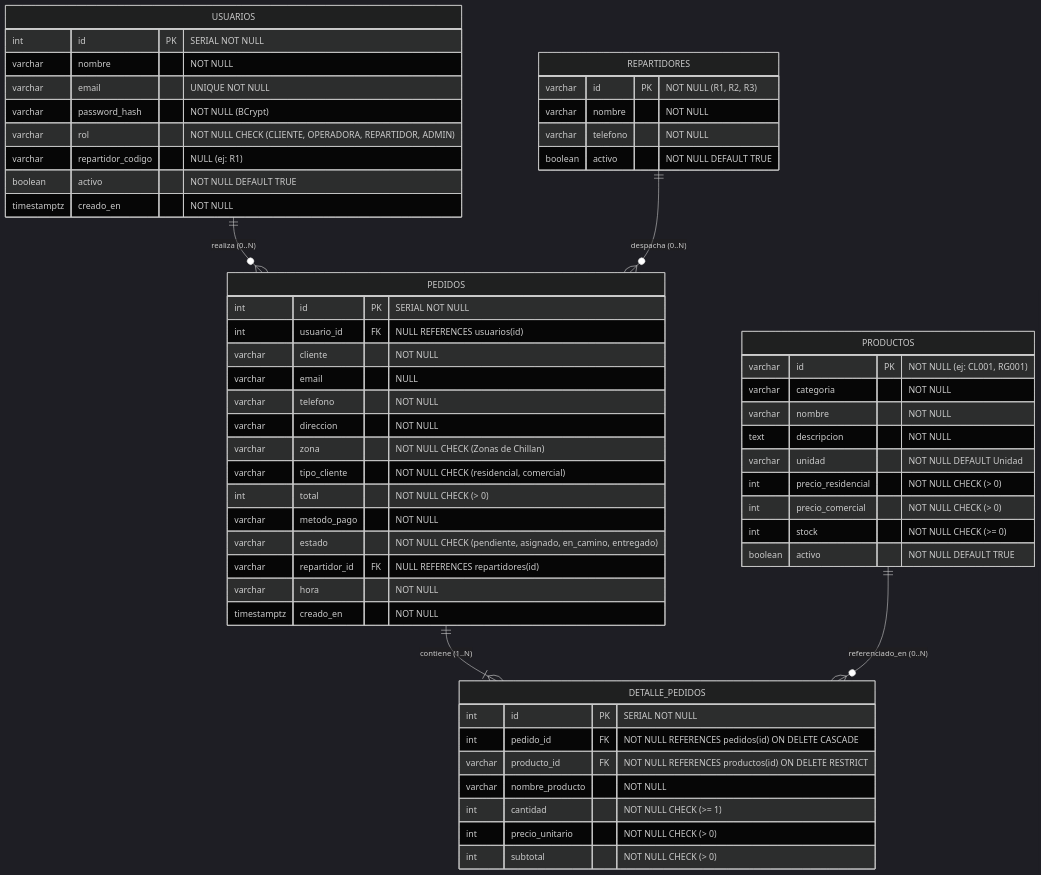
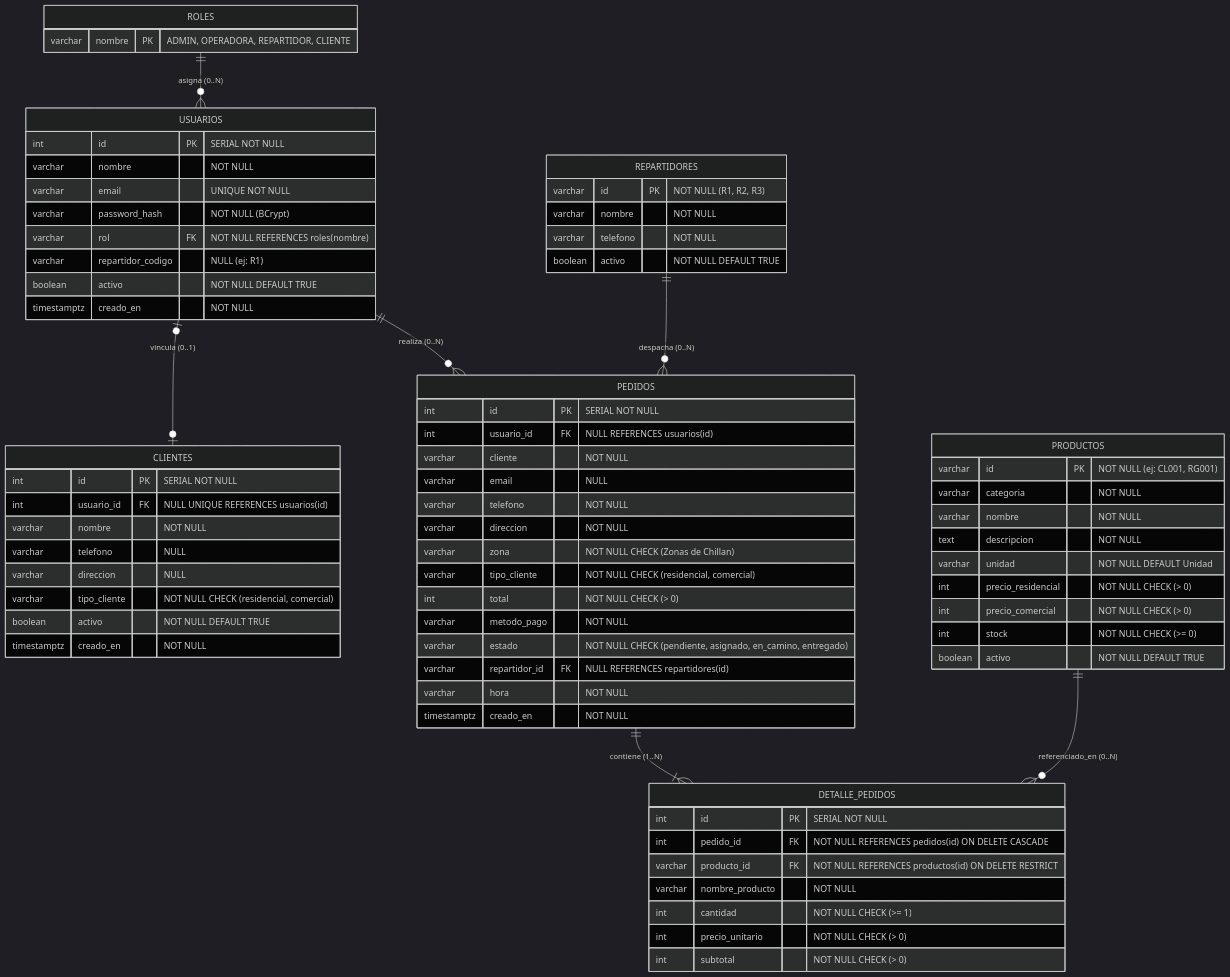
Before and after one commit to joelespinoza-beg/Distribuidora-gas-el-volcan-backend: the first of 3 diagrams in README.md, drawn with Mermaid (dark theme). The commit also changed other lines of this file and 19 other files, not shown here.

Commit message:
feat(auth): agregar CRUD versionado de usuarios y clientes

````diff
--- a/README.md
+++ b/README.md
@@ -114,64 +126,81 @@
 ```mermaid
 erDiagram
+    ROLES ||--o{ USUARIOS : "asigna (0..N)"
     USUARIOS ||--o{ PEDIDOS : "realiza (0..N)"
+    USUARIOS o|--o| CLIENTES : "vincula (0..1)"
     REPARTIDORES ||--o{ PEDIDOS : "despacha (0..N)"
     PEDIDOS ||--|{ DETALLE_PEDIDOS : "contiene (1..N)"
     PRODUCTOS ||--o{ DETALLE_PEDIDOS : "referenciado_en (0..N)"
 
     USUARIOS {
         int id PK "SERIAL NOT NULL"
         varchar nombre "NOT NULL"
         varchar email "UNIQUE NOT NULL"
         varchar password_hash "NOT NULL (BCrypt)"
-        varchar rol "NOT NULL CHECK (CLIENTE, OPERADORA, REPARTIDOR, ADMIN)"
+        varchar rol FK "NOT NULL REFERENCES roles(nombre)"
         varchar repartidor_codigo "NULL (ej: R1)"
+        boolean activo "NOT NULL DEFAULT TRUE"
+        timestamptz creado_en "NOT NULL"
+    }
+
+    ROLES {
+        varchar nombre PK "ADMIN, OPERADORA, REPARTIDOR, CLIENTE"
+    }
+
+    CLIENTES {
+        int id PK "SERIAL NOT NULL"
+        int usuario_id FK "NULL UNIQUE REFERENCES usuarios(id)"
+        varchar nombre "NOT NULL"
+        varchar telefono "NULL"
+        varchar direccion "NULL"
+        varchar tipo_cliente "NOT NULL CHECK (residencial, comercial)"
         boolean activo "NOT NULL DEFAULT TRUE"
         timestamptz creado_en "NOT NULL"
     }
 
     REPARTIDORES {
         varchar id PK "NOT NULL (R1, R2, R3)"
         varchar nombre "NOT NULL"
         varchar telefono "NOT NULL"
         boolean activo "NOT NULL DEFAULT TRUE"
     }
 
     PRODUCTOS {
         varchar id PK "NOT NULL (ej: CL001, RG001)"
         varchar categoria "NOT NULL"
         varchar nombre "NOT NULL"
         text descripcion "NOT NULL"
         varchar unidad "NOT NULL DEFAULT Unidad"
         int precio_residencial "NOT NULL CHECK (> 0)"
         int precio_comercial "NOT NULL CHECK (> 0)"
         int stock "NOT NULL CHECK (>= 0)"
         boolean activo "NOT NULL DEFAULT TRUE"
     }
 
     PEDIDOS {
         int id PK "SERIAL NOT NULL"
         int usuario_id FK "NULL REFERENCES usuarios(id)"
         varchar cliente "NOT NULL"
         varchar email "NULL"
         varchar telefono "NOT NULL"
         varchar direccion "NOT NULL"
         varchar zona "NOT NULL CHECK (Zonas de Chillan)"
         varchar tipo_cliente "NOT NULL CHECK (residencial, comercial)"
         int total "NOT NULL CHECK (> 0)"
         varchar metodo_pago "NOT NULL"
         varchar estado "NOT NULL CHECK (pendiente, asignado, en_camino, entregado)"
         varchar repartidor_id FK "NULL REFERENCES repartidores(id)"
         varchar hora "NOT NULL"
         timestamptz creado_en "NOT NULL"
     }
 
     DETALLE_PEDIDOS {
         int id PK "SERIAL NOT NULL"
         int pedido_id FK "NOT NULL REFERENCES pedidos(id) ON DELETE CASCADE"
         varchar producto_id FK "NOT NULL REFERENCES productos(id) ON DELETE RESTRICT"
         varchar nombre_producto "NOT NULL"
         int cantidad "NOT NULL CHECK (>= 1)"
         int precio_unitario "NOT NULL CHECK (> 0)"
         int subtotal "NOT NULL CHECK (> 0)"
     }
 ```
````
